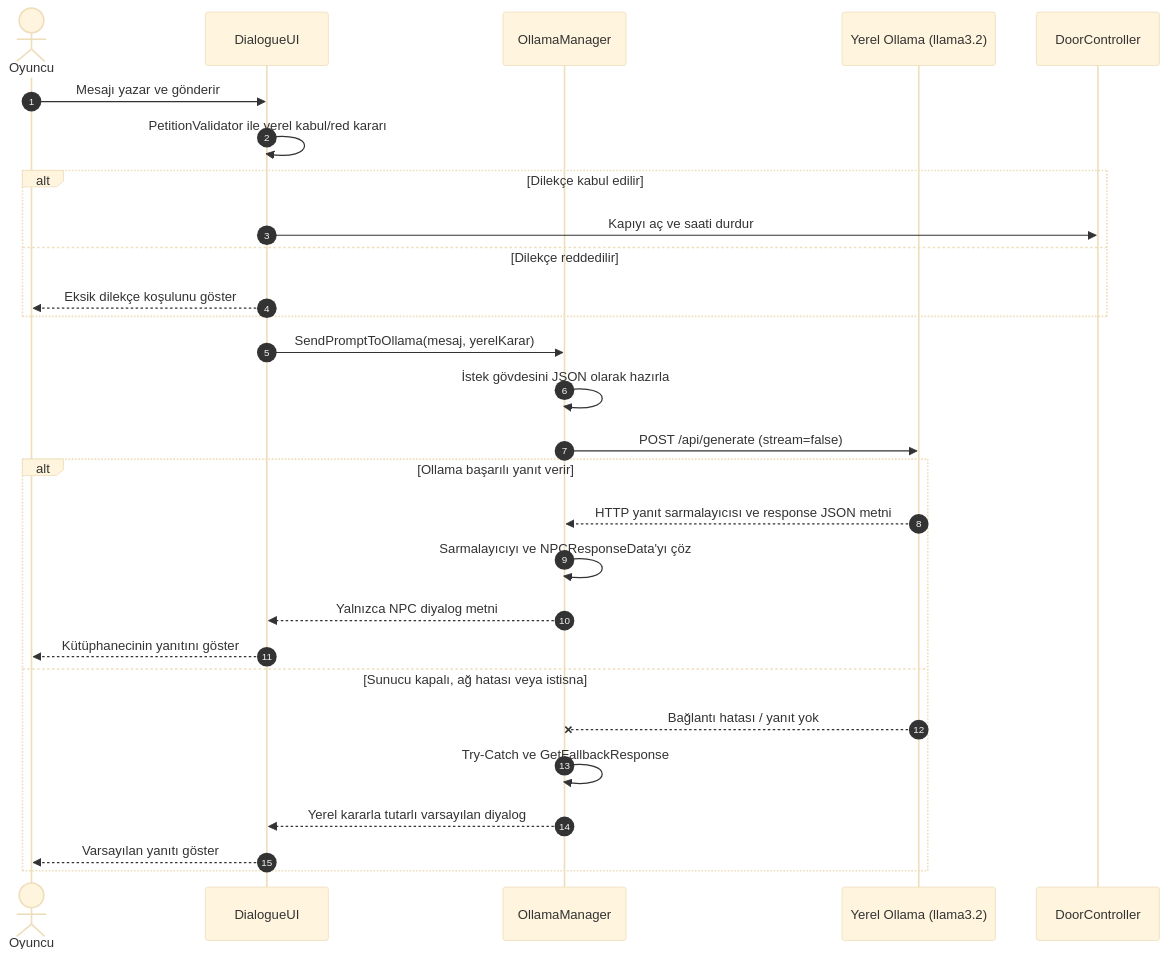
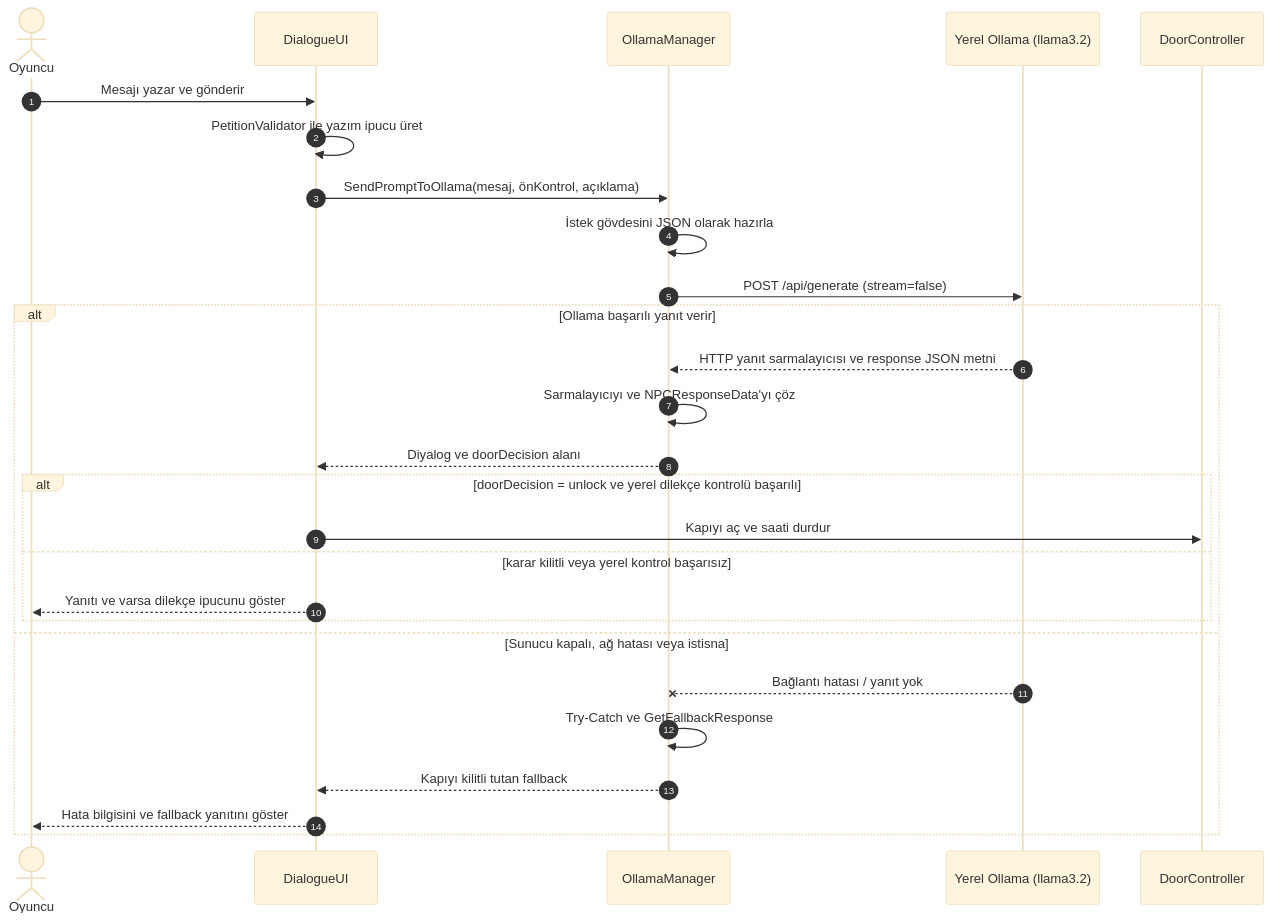
One commit to elifgngrn/Breakpoint-GameDev changed the second of 2 diagrams in README.md. Above: the diagram before and after it, drawn with Mermaid (base theme). The commit also changed other lines of this file and 5 other files, not shown here.

````diff
--- a/README.md
+++ b/README.md
@@ -131,31 +134,30 @@
 ```mermaid
 sequenceDiagram
     autonumber
     actor P as Oyuncu
     participant UI as DialogueUI
     participant OM as OllamaManager
     participant L as Yerel Ollama (llama3.2)
     participant D as DoorController
 
     P->>UI: Mesajı yazar ve gönderir
-    UI->>UI: PetitionValidator ile yerel kabul/red kararı
-    alt Dilekçe kabul edilir
-        UI->>D: Kapıyı aç ve saati durdur
-    else Dilekçe reddedilir
-        UI-->>P: Eksik dilekçe koşulunu göster
-    end
-    UI->>OM: SendPromptToOllama(mesaj, yerelKarar)
+    UI->>UI: PetitionValidator ile yazım ipucu üret
+    UI->>OM: SendPromptToOllama(mesaj, önKontrol, açıklama)
     OM->>OM: İstek gövdesini JSON olarak hazırla
     OM->>L: POST /api/generate (stream=false)
     alt Ollama başarılı yanıt verir
         L-->>OM: HTTP yanıt sarmalayıcısı ve response JSON metni
         OM->>OM: Sarmalayıcıyı ve NPCResponseData'yı çöz
-        OM-->>UI: Yalnızca NPC diyalog metni
-        UI-->>P: Kütüphanecinin yanıtını göster
+        OM-->>UI: Diyalog ve doorDecision alanı
+        alt doorDecision = unlock ve yerel dilekçe kontrolü başarılı
+            UI->>D: Kapıyı aç ve saati durdur
+        else karar kilitli veya yerel kontrol başarısız
+            UI-->>P: Yanıtı ve varsa dilekçe ipucunu göster
+        end
     else Sunucu kapalı, ağ hatası veya istisna
         L--xOM: Bağlantı hatası / yanıt yok
         OM->>OM: Try-Catch ve GetFallbackResponse
-        OM-->>UI: Yerel kararla tutarlı varsayılan diyalog
-        UI-->>P: Varsayılan yanıtı göster
+        OM-->>UI: Kapıyı kilitli tutan fallback
+        UI-->>P: Hata bilgisini ve fallback yanıtını göster
     end
 ```
````
